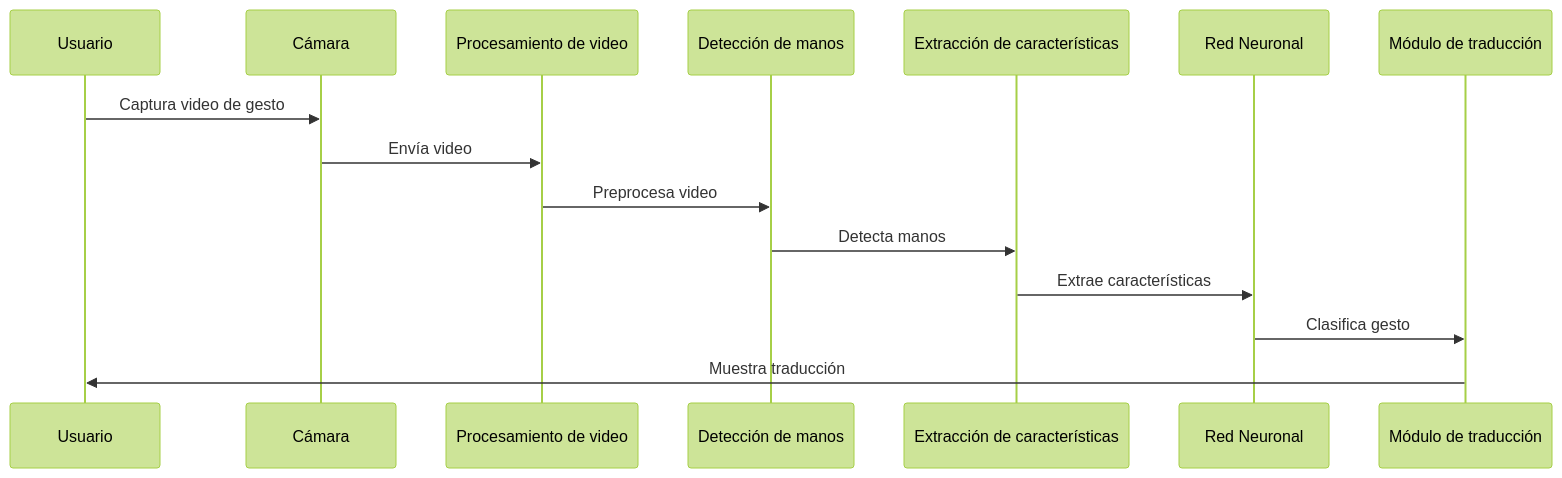
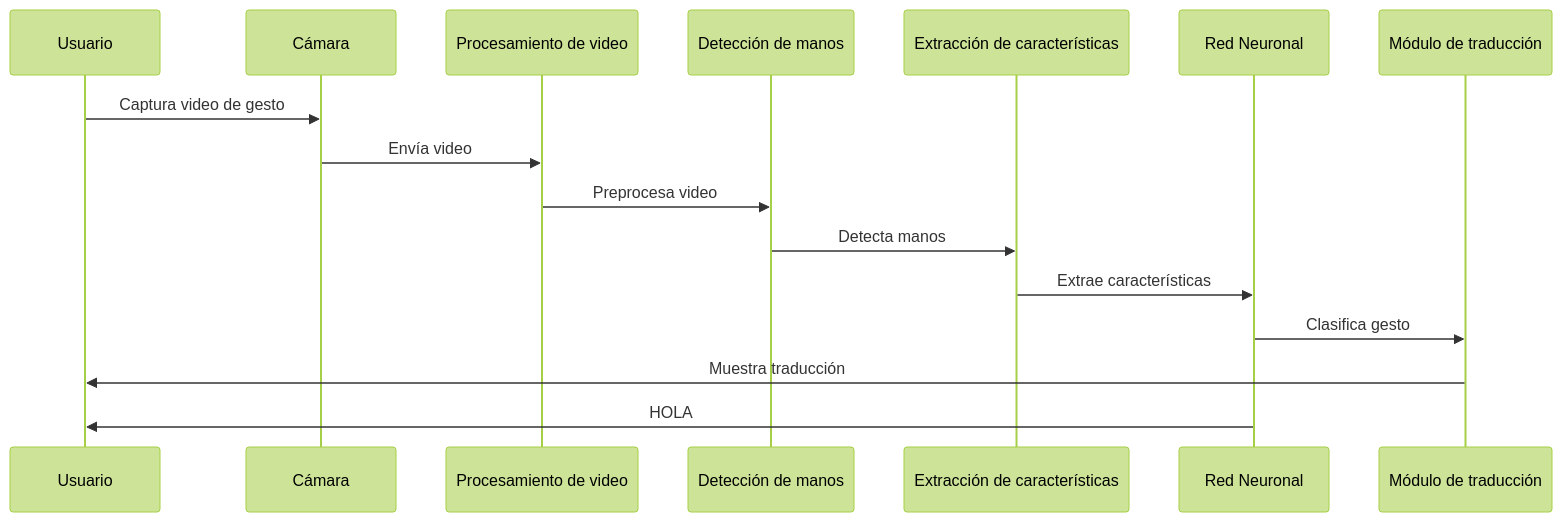
The diagram in README.md (donniedark0-max/sign-language-to-text-translator), drawn with Mermaid (forest theme) before and after one commit.

````diff
--- a/README.md
+++ b/README.md
@@ -23,18 +23,19 @@
     ``` mermaid
         sequenceDiagram
             participant Usuario
             participant Cámara
             participant Procesamiento de video
             participant Detección de manos
             participant Extracción de características
             participant Red Neuronal
             participant Módulo de traducción
         
             Usuario->>Cámara: Captura video de gesto
             Cámara->>Procesamiento de video: Envía video
             Procesamiento de video->>Detección de manos: Preprocesa video
             Detección de manos->>Extracción de características: Detecta manos
             Extracción de características->>Red Neuronal: Extrae características
             Red Neuronal->>Módulo de traducción: Clasifica gesto
             Módulo de traducción->>Usuario: Muestra traducción
+            Red Neuronal->>Usuario: HOLA
     ```
````
